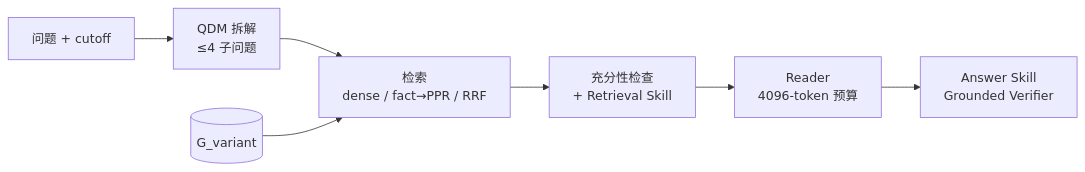
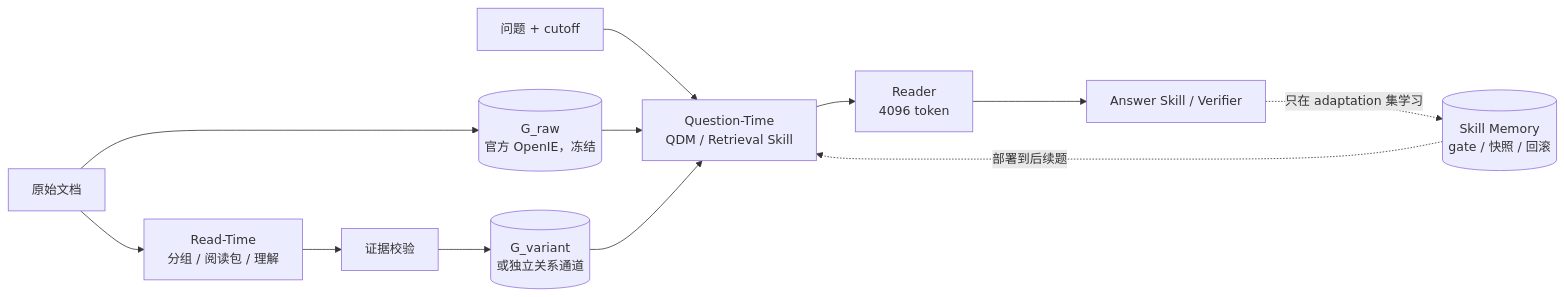
The diagram in README.md (TreeEast1/RSI_GraphRAG), drawn with Mermaid before and after one commit. The commit also changed other lines of this file and 3 other files, not shown here.

````diff
--- a/README.md
+++ b/README.md
@@ -91,9 +52,12 @@
 ```mermaid
 flowchart LR
-  Q["问题 + cutoff"] --> QDM["QDM 拆解<br/>≤4 子问题"]
-  QDM --> RET["检索<br/>dense / fact→PPR / RRF"]
-  RET --> SUF["充分性检查<br/>+ Retrieval Skill"]
-  SUF --> RD["Reader<br/>4096-token 预算"]
-  RD --> ANS["Answer Skill<br/>Grounded Verifier"]
-  GV[("G_variant")] --> RET
+  D["原始文档"] --> G0[("G_raw<br/>官方 OpenIE，冻结")]
+  D --> RT["Read-Time<br/>分组 / 阅读包 / 理解"]
+  RT --> V["证据校验"] --> GV[("G_variant<br/>或独立关系通道")]
+  Q["问题 + cutoff"] --> QT["Question-Time<br/>QDM / Retrieval Skill"]
+  G0 --> QT
+  GV --> QT
+  QT --> R["Reader<br/>4096 token"] --> A["Answer Skill / Verifier"]
+  A -. "只在 adaptation 集学习" .-> M[("Skill Memory<br/>gate / 快照 / 回滚")]
+  M -. "部署到后续题" .-> QT
 ```
````
